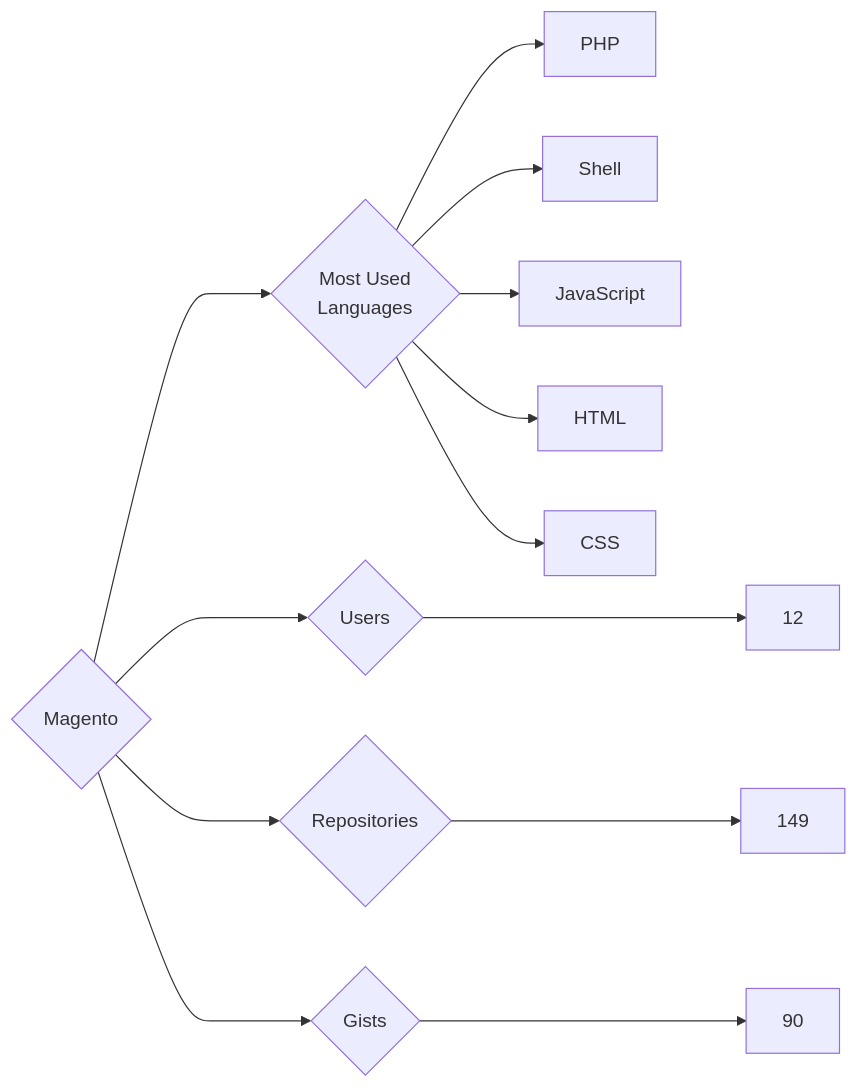
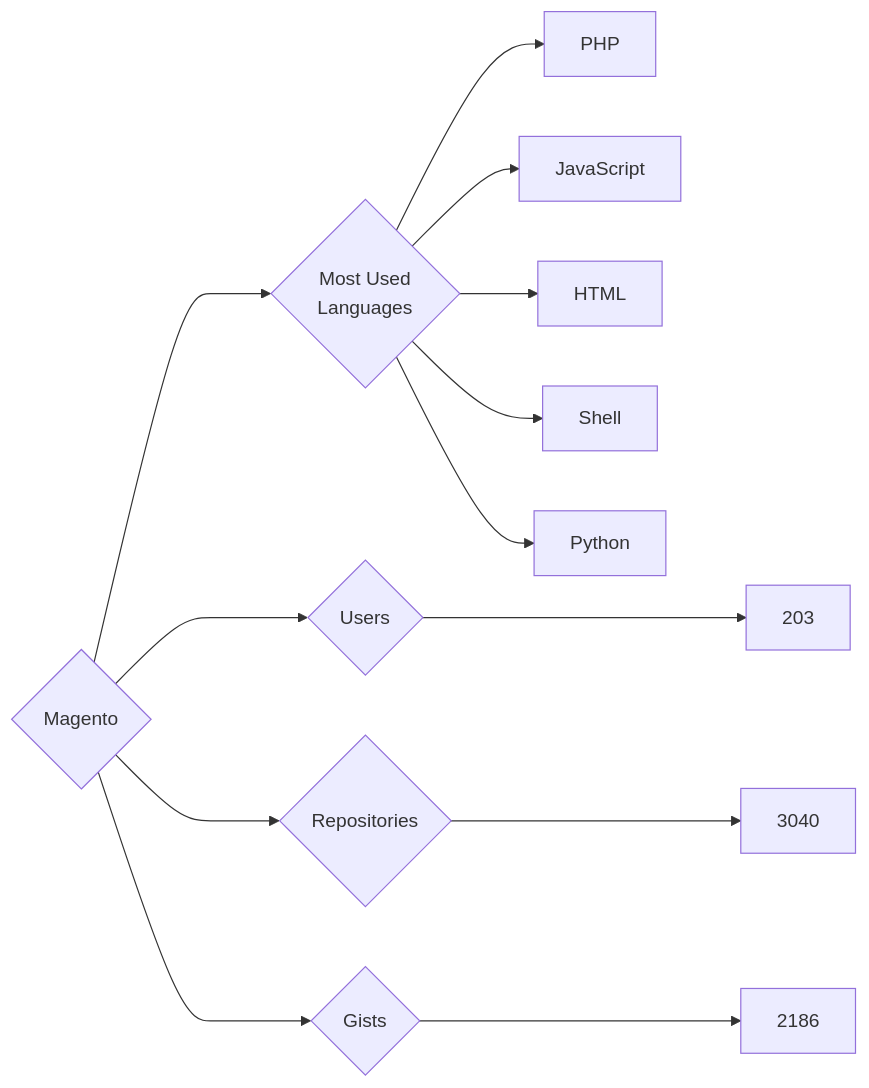
Before and after one commit to trickest/insiders: the diagram in targets/Magento/README.md, drawn with Mermaid. The commit also changed 1484 other files, not shown here.

````diff
--- a/targets/Magento/README.md
+++ b/targets/Magento/README.md
@@ -3,13 +3,13 @@
 ```mermaid
 graph LR
 COMPANY_NAME{Magento}
-COMPANY_NAME ---> U{Users} ---> UN[12]
-COMPANY_NAME ---> R{Repositories} ---> RN[149]
-COMPANY_NAME ---> G{Gists} ---> GN[90]
+COMPANY_NAME ---> U{Users} ---> UN[203]
+COMPANY_NAME ---> R{Repositories} ---> RN[3040]
+COMPANY_NAME ---> G{Gists} ---> GN[2186]
 COMPANY_NAME ---> ML{Most Used<br>Languages}
 ML --> PHP[PHP]
-ML --> Shell[Shell]
 ML --> JavaScript[JavaScript]
 ML --> HTML[HTML]
-ML --> CSS[CSS]
+ML --> Shell[Shell]
+ML --> Python[Python]
 ```
````
